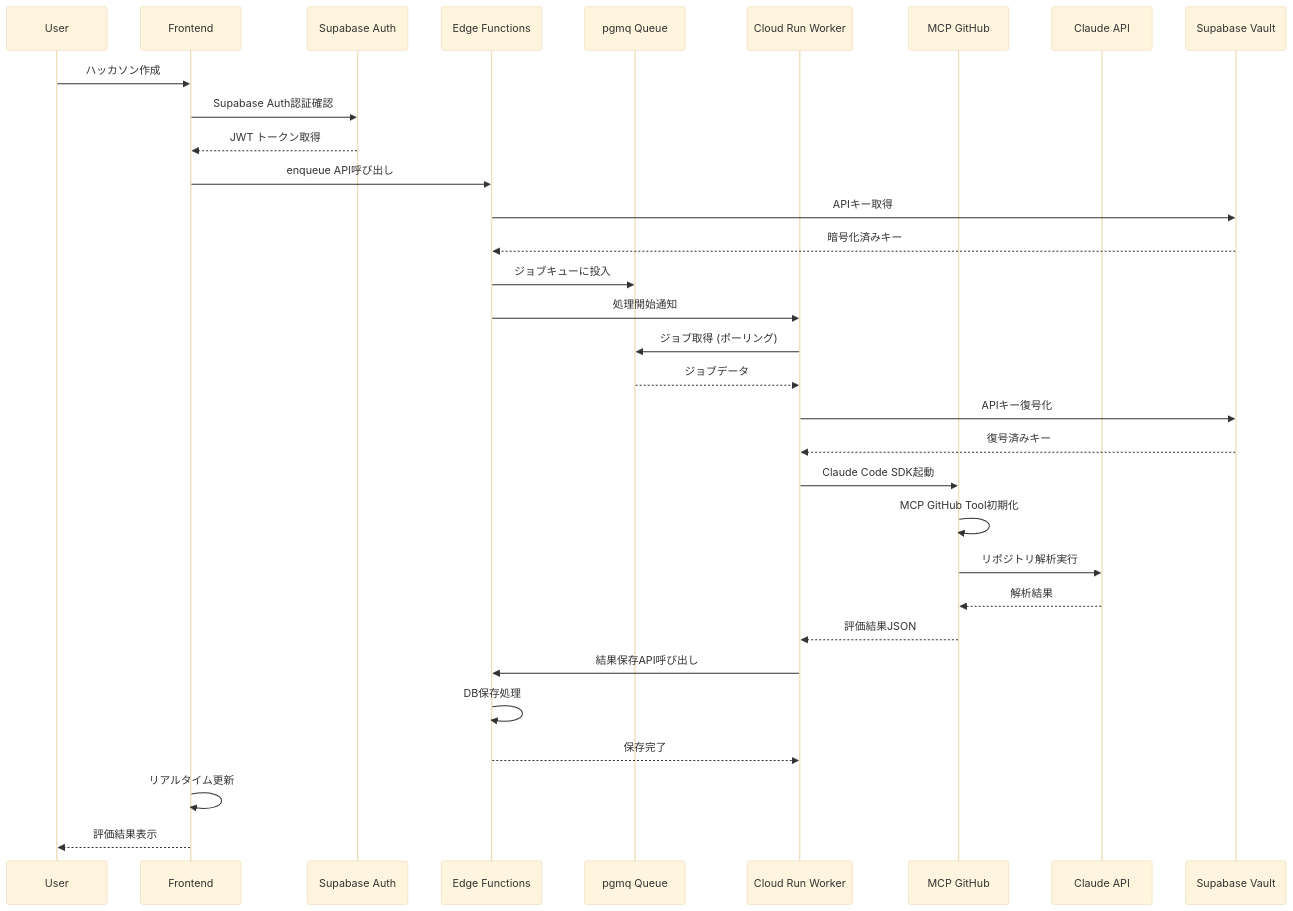
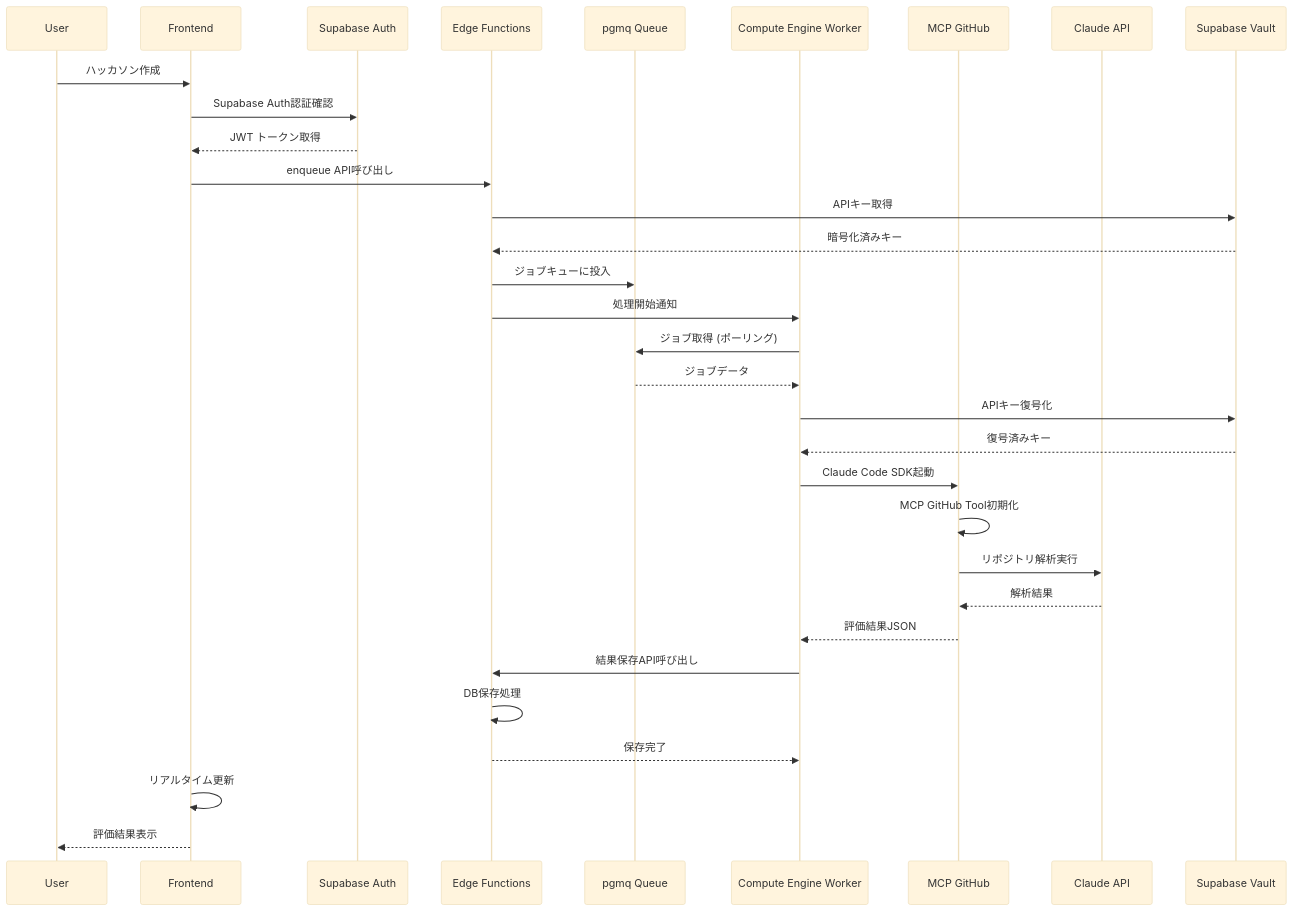
One commit to masataka-eth/HackScoreAI changed the second of 3 diagrams in README.md. Above: the diagram before and after it, drawn with Mermaid (base theme). The commit also changed other lines of this file and 1 other file, not shown here.

````diff
--- a/README.md
+++ b/README.md
@@ -64,39 +71,39 @@
 ```mermaid
 sequenceDiagram
     participant U as User
     participant F as Frontend
     participant A as Supabase Auth
     participant E as Edge Functions
     participant Q as pgmq Queue
-    participant W as Cloud Run Worker
+    participant W as Compute Engine Worker
     participant M as MCP GitHub
     participant C as Claude API
     participant V as Supabase Vault
 
     U->>F: ハッカソン作成
     F->>A: Supabase Auth認証確認
     A-->>F: JWT トークン取得
     F->>E: enqueue API呼び出し
     E->>V: APIキー取得
     V-->>E: 暗号化済みキー
     E->>Q: ジョブキューに投入
     E->>W: 処理開始通知
-    
+
     W->>Q: ジョブ取得 (ポーリング)
     Q-->>W: ジョブデータ
     W->>V: APIキー復号化
     V-->>W: 復号済みキー
-    
+
     W->>M: Claude Code SDK起動
     M->>M: MCP GitHub Tool初期化
     M->>C: リポジトリ解析実行
     C-->>M: 解析結果
     M-->>W: 評価結果JSON
-    
+
     W->>E: 結果保存API呼び出し
     E->>E: DB保存処理
     E-->>W: 保存完了
-    
+
     F->>F: リアルタイム更新
     F-->>U: 評価結果表示
 ```
````
